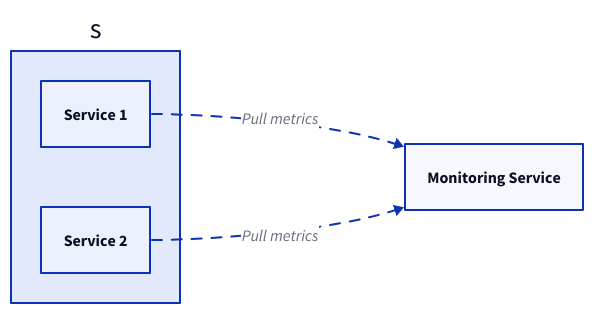
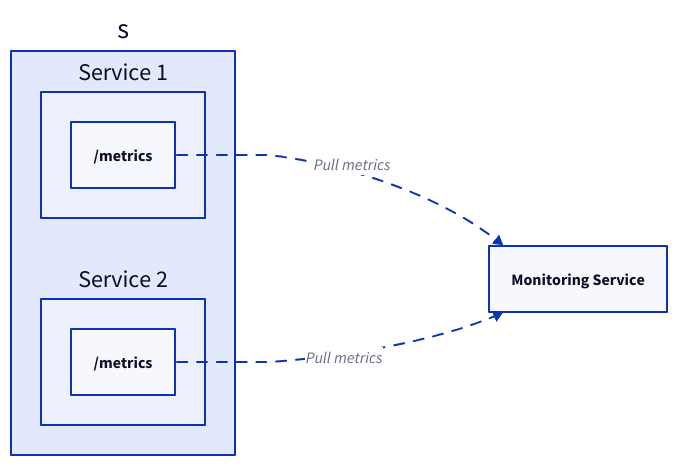
The third of 8 diagrams in content/docs/system-administration/system-monitoring/_index.md (link1905/system-design-101), drawn with D2 before and after one commit. The commit also changed other lines of this file and 31 other files, not shown here.

````diff
--- a/content/docs/system-administration/system-monitoring/_index.md
+++ b/content/docs/system-administration/system-monitoring/_index.md
@@ -83,21 +84,21 @@
 ```d2
 direction: right
 s {
   class: none
   s1: Service 1 {
-      class: server
+    i: "/metrics"
   }
   s2: Service 2 {
-      class: server
+    i: "/metrics"
   }
 }
 m: Monitoring Service {
     class: monitor
 }
-s.s1 -> m: Pull metrics {
+s.s1.i -> m: Pull metrics {
   style.animated: true
 }
-s.s2 -> m: Pull metrics {
+s.s2.i -> m: Pull metrics {
   style.animated: true
 }
 ```
````
